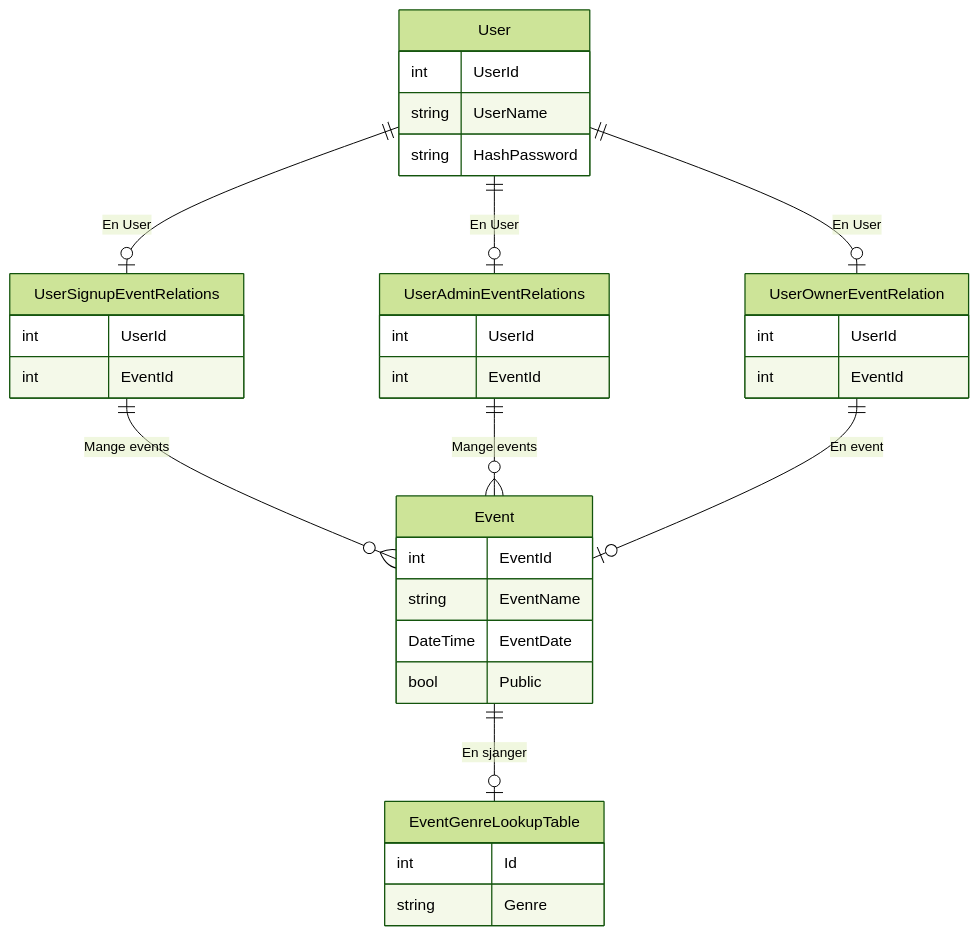
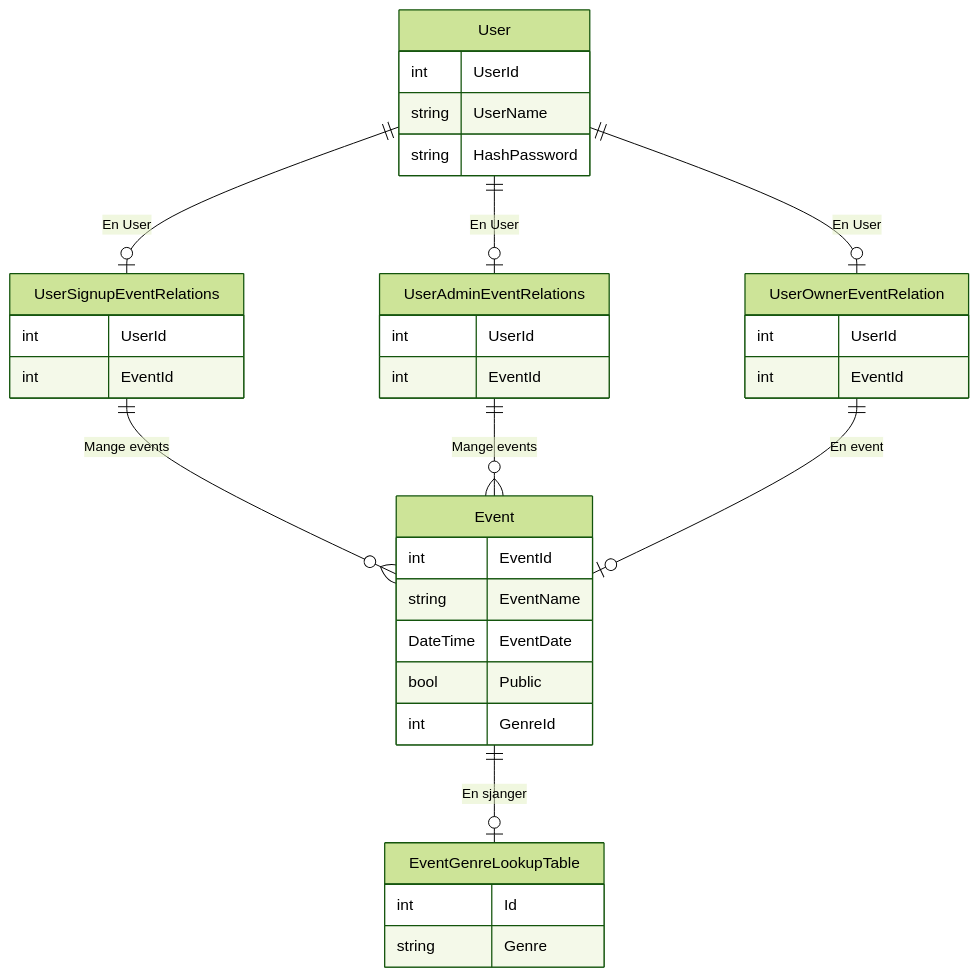
One commit to JohnB08/Event_Signup_MVC changed the ninth of 9 diagrams in design_document.md. Above: the diagram before and after it, drawn with Mermaid (forest theme). The commit also changed 5 other files, not shown here.

Commit message:
comments + schemaupdate

````diff
--- a/design_document.md
+++ b/design_document.md
@@ -271,37 +271,38 @@
 ```mermaid
 erDiagram
     User {
         int UserId
         string UserName
         string HashPassword
     }
     Event {
         int EventId
         string EventName
         DateTime EventDate
         bool Public
+        int GenreId
     }
     UserSignupEventRelations{
         int UserId
         int EventId
     }
     UserAdminEventRelations{
         int UserId
         int EventId
     }
     UserOwnerEventRelation{
         int UserId
         int EventId
     }
     EventGenreLookupTable{
         int Id
         string Genre
     }
     User ||--o| UserSignupEventRelations: "En User"
     UserSignupEventRelations ||--o{ Event: "Mange events"
     User ||--o| UserAdminEventRelations: "En User"
     UserAdminEventRelations ||--o{ Event: "Mange events"
     User ||--o| UserOwnerEventRelation: "En User"
     UserOwnerEventRelation ||--o| Event: "En event"
     Event ||--o| EventGenreLookupTable: "En sjanger"
 ```
````
